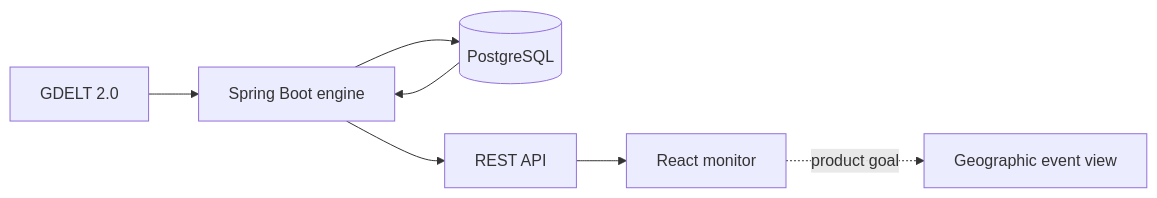
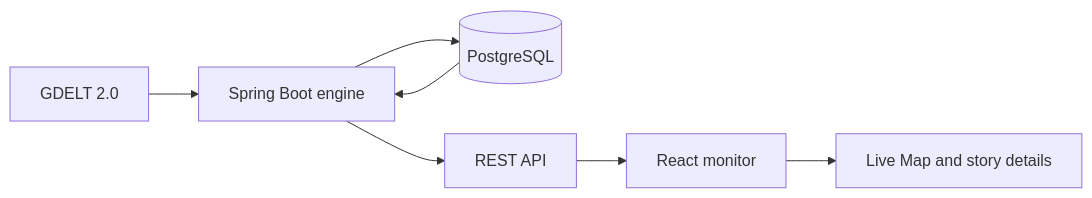
Before and after one commit to Lnscc/sentinel-GEM: the diagram in README.md, drawn with Mermaid. The commit also changed other lines of this file and 2 other files, not shown here.

````diff
--- a/README.md
+++ b/README.md
@@ -24,9 +34,9 @@
 ```mermaid
 flowchart LR
     GDELT[GDELT 2.0] --> Engine[Spring Boot engine]
     Engine --> Database[(PostgreSQL)]
     Database --> Engine
     Engine --> API[REST API]
     API --> Monitor[React monitor]
-    Monitor -. product goal .-> Map[Geographic event view]
+    Monitor --> Map[Live Map and story details]
 ```
````
